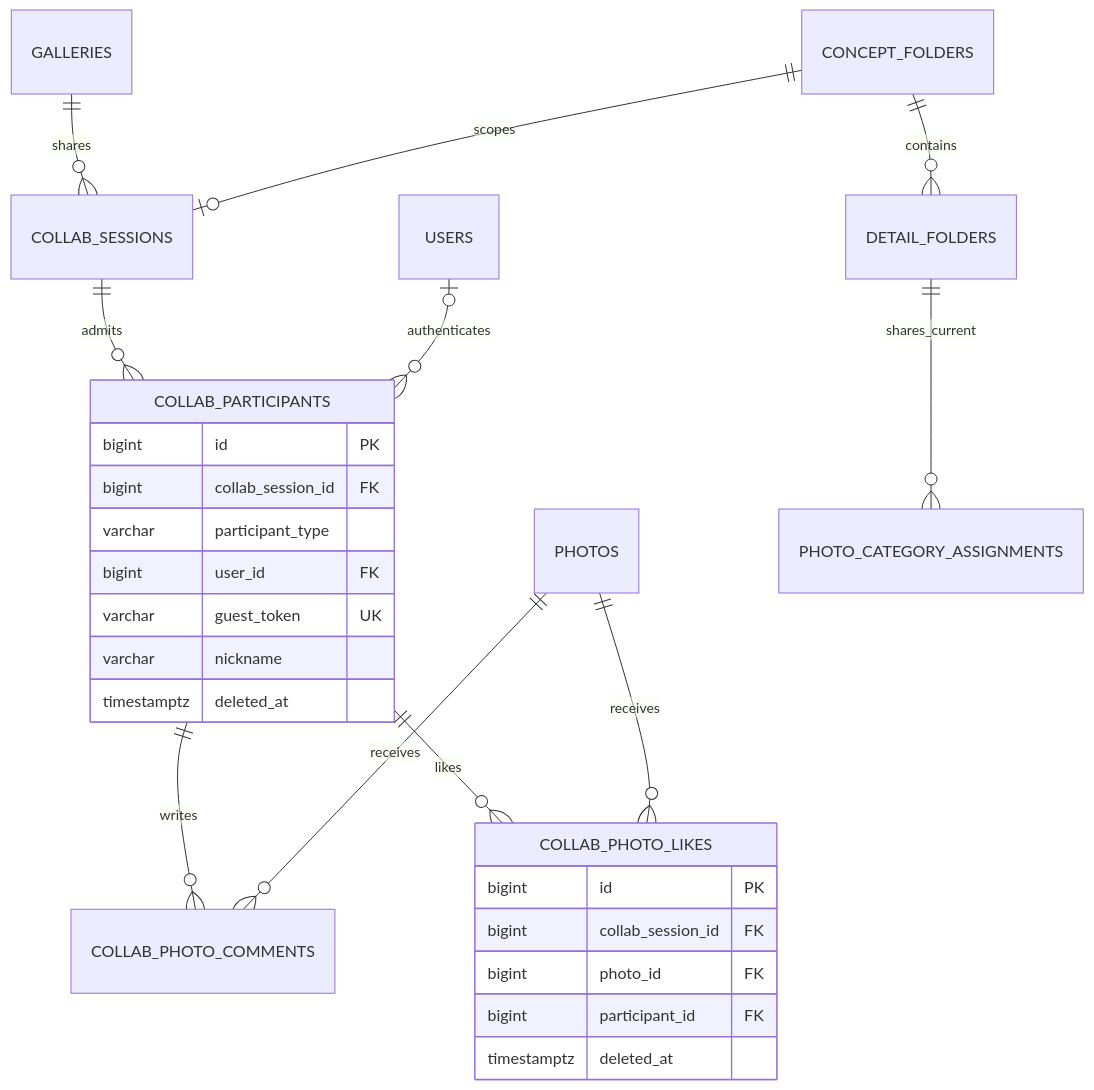
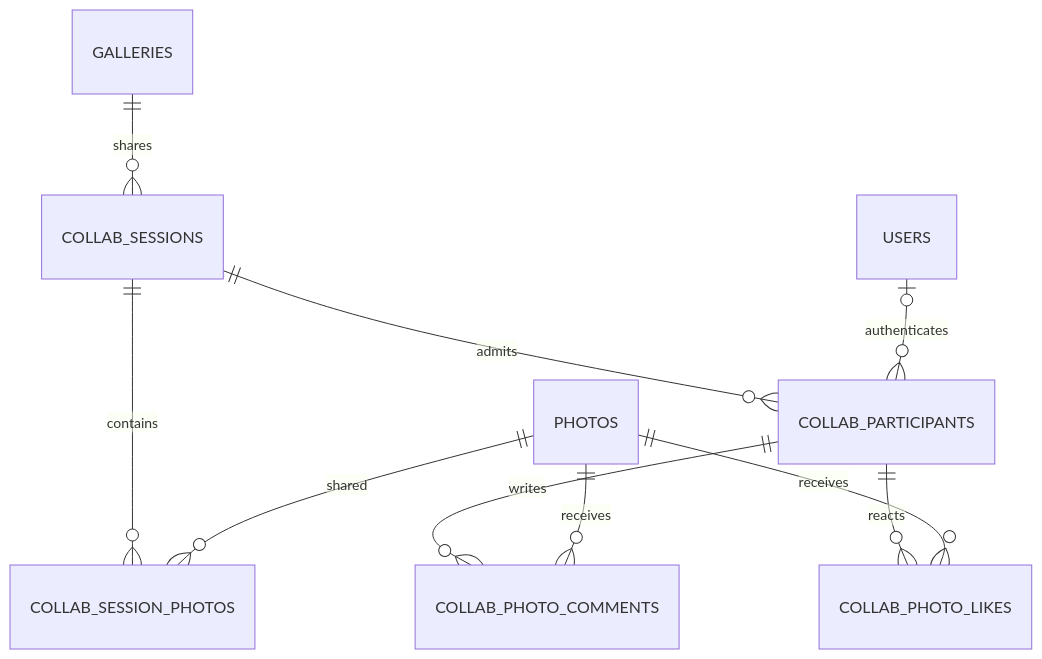
Before and after one commit to organic-agent/WES-DOCS: the diagram in docs/data-model/collaboration.md, drawn with Mermaid. The commit also changed other lines of this file and 15 other files, not shown here.

````diff
--- a/docs/data-model/collaboration.md
+++ b/docs/data-model/collaboration.md
@@ -20,30 +11,12 @@
 ```mermaid
 erDiagram
     GALLERIES ||--o{ COLLAB_SESSIONS : shares
-    CONCEPT_FOLDERS ||--o| COLLAB_SESSIONS : scopes
+    COLLAB_SESSIONS ||--o{ COLLAB_SESSION_PHOTOS : contains
+    PHOTOS ||--o{ COLLAB_SESSION_PHOTOS : shared
     COLLAB_SESSIONS ||--o{ COLLAB_PARTICIPANTS : admits
     USERS |o--o{ COLLAB_PARTICIPANTS : authenticates
     COLLAB_PARTICIPANTS ||--o{ COLLAB_PHOTO_COMMENTS : writes
-    COLLAB_PARTICIPANTS ||--o{ COLLAB_PHOTO_LIKES : likes
+    COLLAB_PARTICIPANTS ||--o{ COLLAB_PHOTO_LIKES : reacts
     PHOTOS ||--o{ COLLAB_PHOTO_COMMENTS : receives
     PHOTOS ||--o{ COLLAB_PHOTO_LIKES : receives
-    CONCEPT_FOLDERS ||--o{ DETAIL_FOLDERS : contains
-    DETAIL_FOLDERS ||--o{ PHOTO_CATEGORY_ASSIGNMENTS : shares_current
-
-    COLLAB_PARTICIPANTS {
-      bigint id PK
-      bigint collab_session_id FK
-      varchar participant_type
-      bigint user_id FK
-      varchar guest_token UK
-      varchar nickname
-      timestamptz deleted_at
-    }
-    COLLAB_PHOTO_LIKES {
-      bigint id PK
-      bigint collab_session_id FK
-      bigint photo_id FK
-      bigint participant_id FK
-      timestamptz deleted_at
-    }
 ```
````
